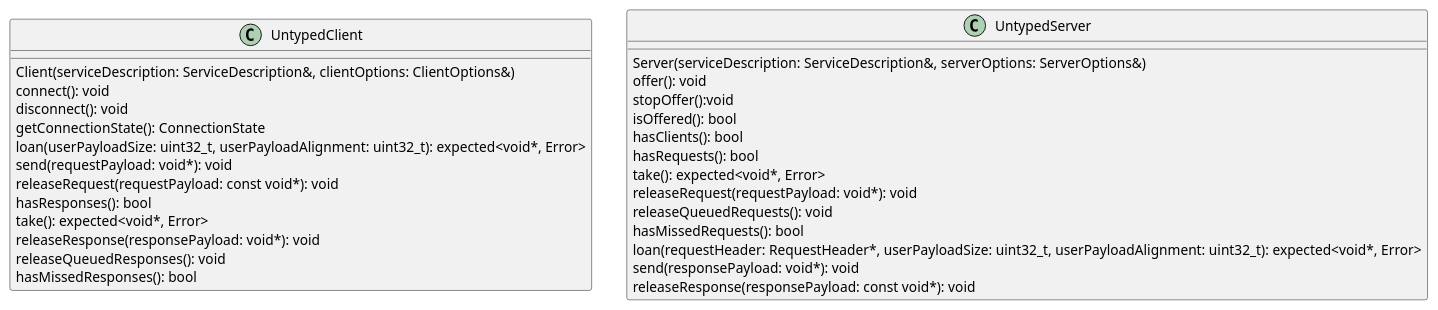
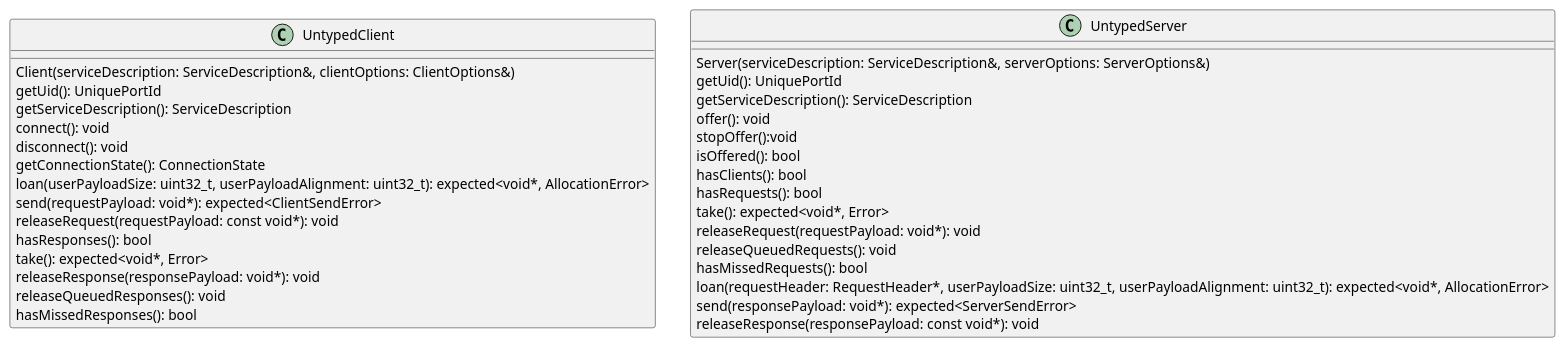
Before and after one commit to eclipse-iceoryx/iceoryx: the diagram in doc/design/diagrams/request_response/untyped_api.puml, drawn with PlantUML. The commit also changed 4 other files, not shown here.

Commit message:
iox-#743 Adjust plant uml diagrams

```diff
--- a/doc/design/diagrams/request_response/untyped_api.puml
+++ b/doc/design/diagrams/request_response/untyped_api.puml
@@ -1,34 +1,38 @@
 @startuml
 
 class UntypedClient {
   Client(serviceDescription: ServiceDescription&, clientOptions: ClientOptions&)
+  getUid(): UniquePortId
+  getServiceDescription(): ServiceDescription
   connect(): void
   disconnect(): void
   getConnectionState(): ConnectionState
-  loan(userPayloadSize: uint32_t, userPayloadAlignment: uint32_t): expected<void*, Error>
-  send(requestPayload: void*): void
+  loan(userPayloadSize: uint32_t, userPayloadAlignment: uint32_t): expected<void*, AllocationError>
+  send(requestPayload: void*): expected<ClientSendError>
   releaseRequest(requestPayload: const void*): void
   hasResponses(): bool
   take(): expected<void*, Error>
   releaseResponse(responsePayload: void*): void
   releaseQueuedResponses(): void
   hasMissedResponses(): bool
 }
 
 class UntypedServer {
   Server(serviceDescription: ServiceDescription&, serverOptions: ServerOptions&)
+  getUid(): UniquePortId
+  getServiceDescription(): ServiceDescription
   offer(): void
   stopOffer():void
   isOffered(): bool
   hasClients(): bool
   hasRequests(): bool
   take(): expected<void*, Error>
   releaseRequest(requestPayload: void*): void
   releaseQueuedRequests(): void
   hasMissedRequests(): bool
-  loan(requestHeader: RequestHeader*, userPayloadSize: uint32_t, userPayloadAlignment: uint32_t): expected<void*, Error>
-  send(responsePayload: void*): void
+  loan(requestHeader: RequestHeader*, userPayloadSize: uint32_t, userPayloadAlignment: uint32_t): expected<void*, AllocationError>
+  send(responsePayload: void*): expected<ServerSendError>
   releaseResponse(responsePayload: const void*): void
 }
 
 @enduml
```
